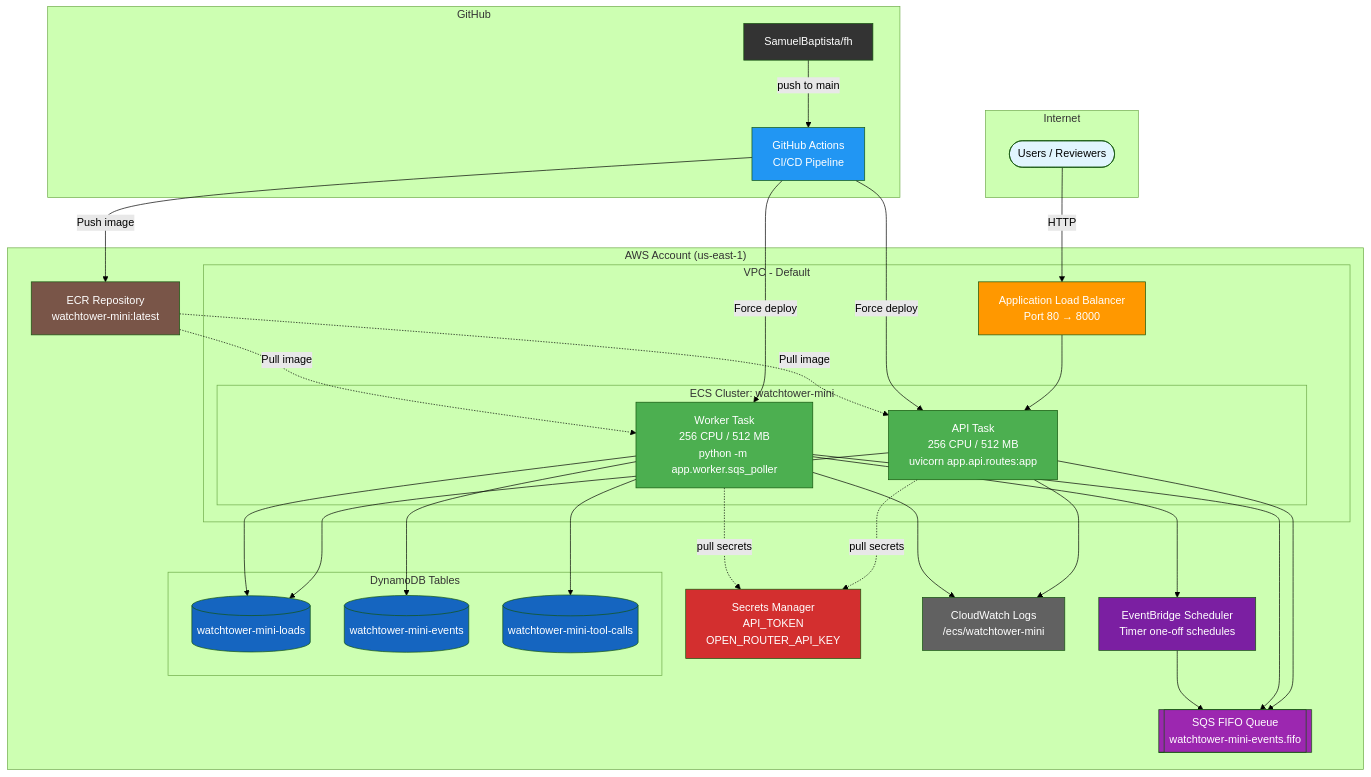
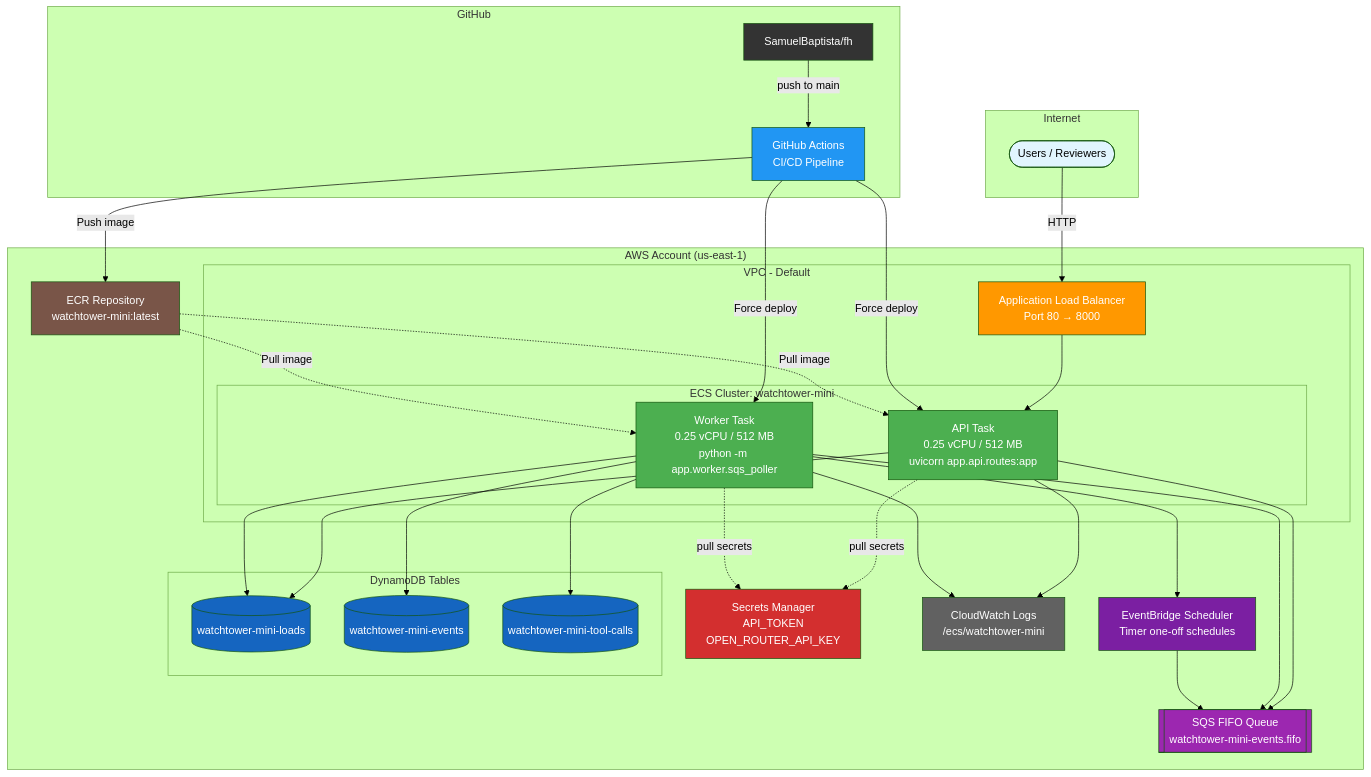
The diagram in docs/diagrams/deployment-topology.mmd (SamuelBaptista/fh), drawn with Mermaid (forest theme) before and after one commit. The commit also changed 5 other files, not shown here.

First line of the commit message:
fix: correct vCPU labels, white bg diagrams, submission summary (#3)

```diff
--- a/docs/diagrams/deployment-topology.mmd
+++ b/docs/diagrams/deployment-topology.mmd
@@ -1,69 +1,69 @@
 graph TB
     subgraph Internet
         User([Users / Reviewers])
     end
 
     subgraph "AWS Account (us-east-1)"
         subgraph "VPC - Default"
             ALB[Application Load Balancer<br/>Port 80 → 8000]
 
             subgraph "ECS Cluster: watchtower-mini"
-                API[API Task<br/>256 CPU / 512 MB<br/>uvicorn app.api.routes:app]
-                Worker[Worker Task<br/>256 CPU / 512 MB<br/>python -m app.worker.sqs_poller]
+                API[API Task<br/>0.25 vCPU / 512 MB<br/>uvicorn app.api.routes:app]
+                Worker[Worker Task<br/>0.25 vCPU / 512 MB<br/>python -m app.worker.sqs_poller]
             end
         end
 
         ECR[ECR Repository<br/>watchtower-mini:latest]
         SQS[[SQS FIFO Queue<br/>watchtower-mini-events.fifo]]
 
         subgraph "DynamoDB Tables"
             Loads[(watchtower-mini-loads)]
             Events[(watchtower-mini-events)]
             Tools[(watchtower-mini-tool-calls)]
         end
 
         Secrets[Secrets Manager<br/>API_TOKEN<br/>OPEN_ROUTER_API_KEY]
         Scheduler[EventBridge Scheduler<br/>Timer one-off schedules]
         CW[CloudWatch Logs<br/>/ecs/watchtower-mini]
     end
 
     subgraph "GitHub"
         Repo[SamuelBaptista/fh]
         Actions[GitHub Actions<br/>CI/CD Pipeline]
     end
 
     User -->|HTTP| ALB
     ALB --> API
     API --> SQS
     Worker --> SQS
     API --> Loads
     Worker --> Loads
     Worker --> Events
     Worker --> Tools
     Worker --> Scheduler
     Scheduler --> SQS
     API -.->|pull secrets| Secrets
     Worker -.->|pull secrets| Secrets
     API --> CW
     Worker --> CW
     Actions -->|Push image| ECR
     Actions -->|Force deploy| API
     Actions -->|Force deploy| Worker
     ECR -.->|Pull image| API
     ECR -.->|Pull image| Worker
     Repo -->|push to main| Actions
 
     style User fill:#e1f5fe
     style ALB fill:#ff9800,color:#fff
     style API fill:#4caf50,color:#fff
     style Worker fill:#4caf50,color:#fff
     style ECR fill:#795548,color:#fff
     style SQS fill:#9c27b0,color:#fff
     style Loads fill:#1565c0,color:#fff
     style Events fill:#1565c0,color:#fff
     style Tools fill:#1565c0,color:#fff
     style Secrets fill:#d32f2f,color:#fff
     style Scheduler fill:#7b1fa2,color:#fff
     style CW fill:#616161,color:#fff
     style Actions fill:#2196f3,color:#fff
     style Repo fill:#333,color:#fff
```
